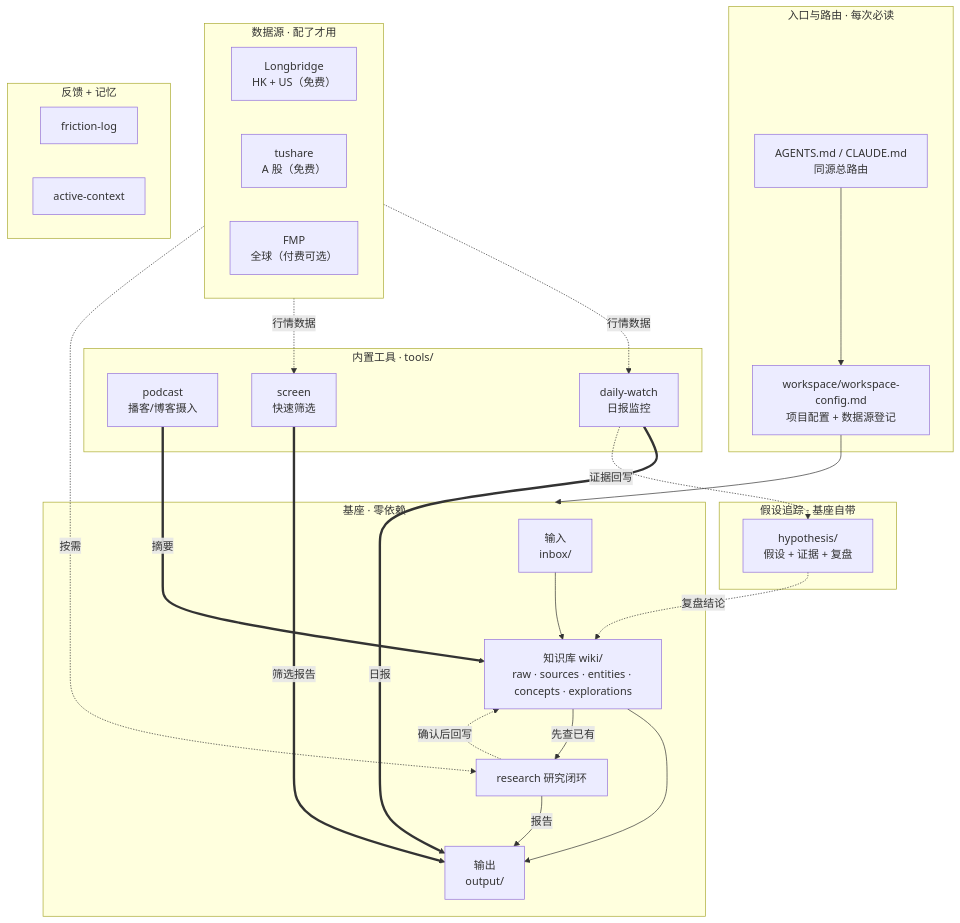
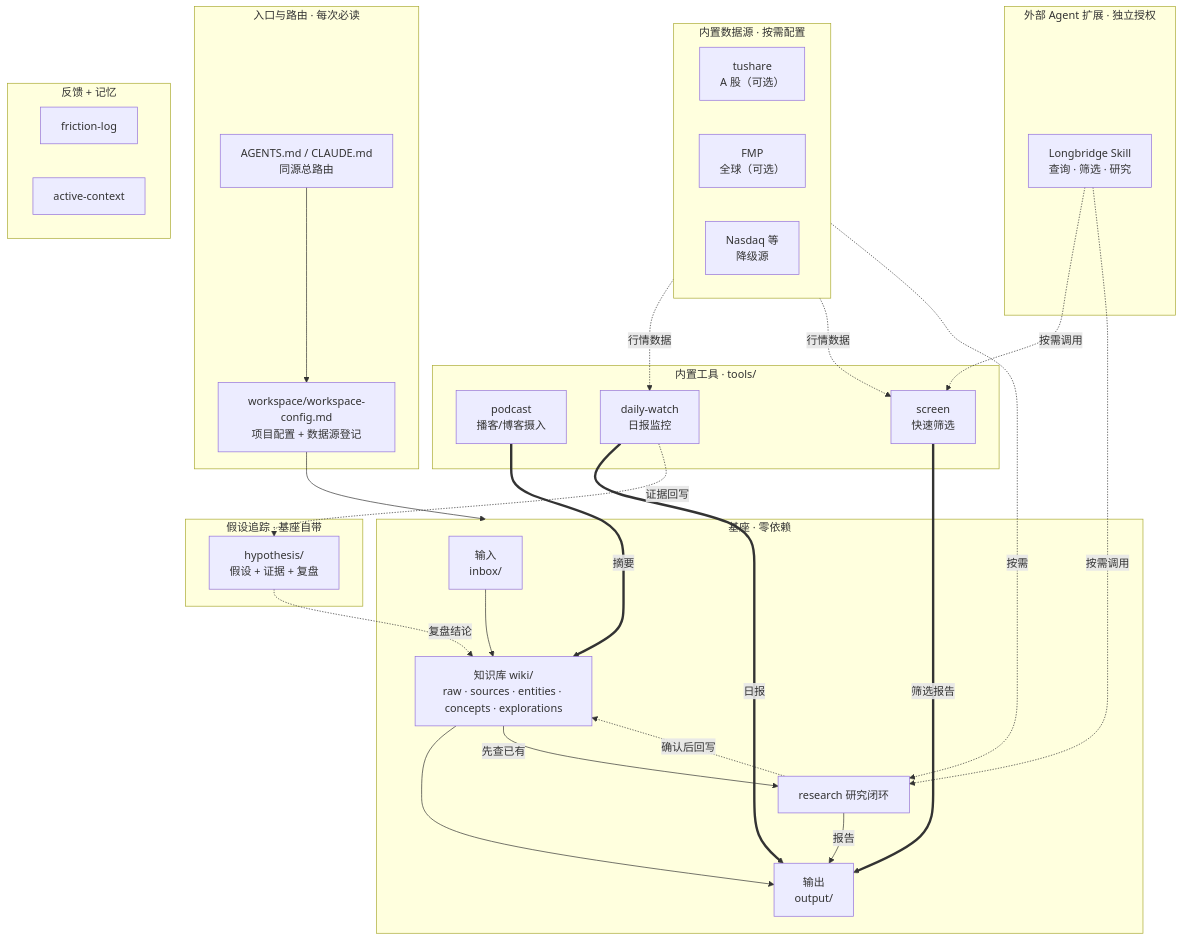
One commit to Benboerba620/ai-workspace-hub changed the diagram in ARCHITECTURE.md. Above: the diagram before and after it, drawn with Mermaid. The commit also changed other lines of this file and 47 other files, not shown here.

````diff
--- a/ARCHITECTURE.md
+++ b/ARCHITECTURE.md
@@ -10,48 +10,54 @@
 ```mermaid
 flowchart TB
     subgraph ENTRY[入口与路由 · 每次必读]
         A["AGENTS.md / CLAUDE.md<br/>同源总路由"]
         C["workspace/workspace-config.md<br/>项目配置 + 数据源登记"]
         A --> C
     end
 
     subgraph BASE["基座 · 零依赖"]
         IN["输入<br/>inbox/"] --> KB["知识库 wiki/<br/>raw · sources · entities · concepts · explorations"]
         KB --> OUT["输出<br/>output/"]
         RES["research 研究闭环"]
         KB -->|"先查已有"| RES
         RES -->|"报告"| OUT
         RES -.->|"确认后回写"| KB
     end
 
     subgraph TOOLS["内置工具 · tools/"]
         POD["podcast<br/>播客/博客摄入"]
         DW["daily-watch<br/>日报监控"]
         SCR["screen<br/>快速筛选"]
     end
 
-    subgraph DATA["数据源 · 配了才用"]
-        LB["Longbridge<br/>HK + US（免费）"]
-        TS["tushare<br/>A 股（免费）"]
-        FMP2["FMP<br/>全球（付费可选）"]
+    subgraph DATA["内置数据源 · 按需配置"]
+        TS["tushare<br/>A 股（可选）"]
+        FMP2["FMP<br/>全球（可选）"]
+        FB["Nasdaq 等<br/>降级源"]
+    end
+
+    subgraph EXT["外部 Agent 扩展 · 独立授权"]
+        LB["Longbridge Skill<br/>查询 · 筛选 · 研究"]
     end
 
     subgraph HYPO["假设追踪 · 基座自带"]
         HT["hypothesis/<br/>假设 + 证据 + 复盘"]
     end
 
     subgraph MEM["反馈 + 记忆"]
         FL["friction-log"]
         AC["active-context"]
     end
 
     C --> BASE
     POD ==>|"摘要"| KB
     DW ==>|"日报"| OUT
     DW -.->|"证据回写"| HT
     HT -.->|"复盘结论"| KB
     SCR ==>|"筛选报告"| OUT
     DATA -.->|"行情数据"| DW
     DATA -.->|"行情数据"| SCR
     DATA -.->|"按需"| RES
+    LB -.->|"按需调用"| SCR
+    LB -.->|"按需调用"| RES
 ```
````
